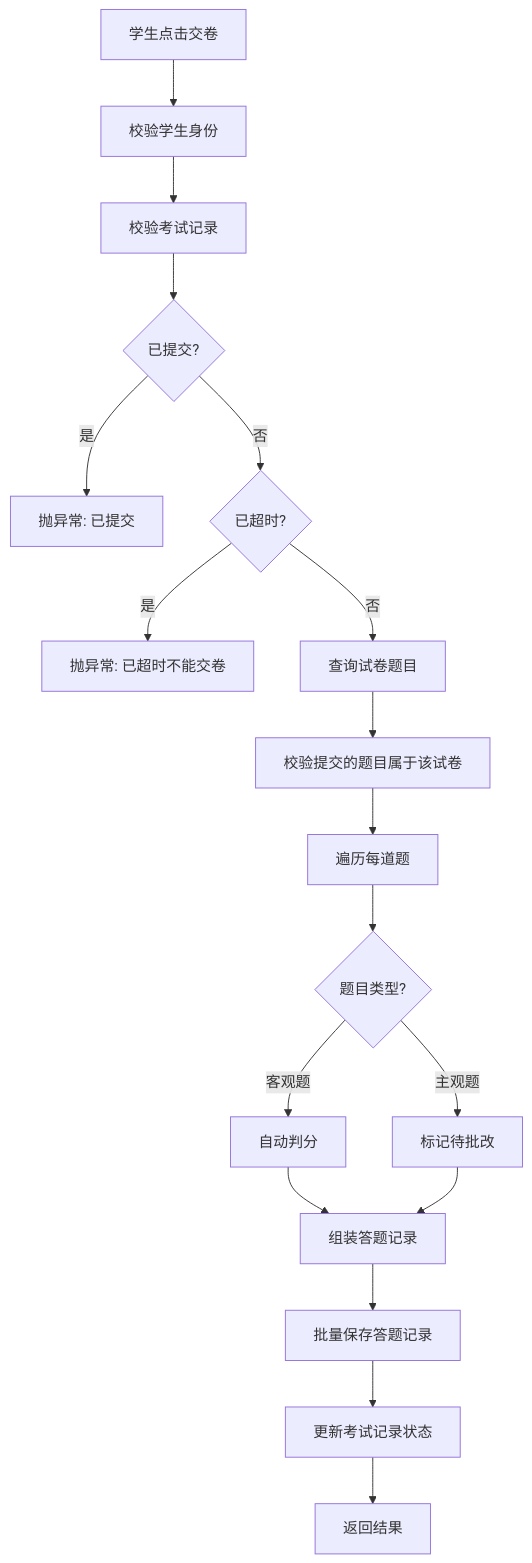
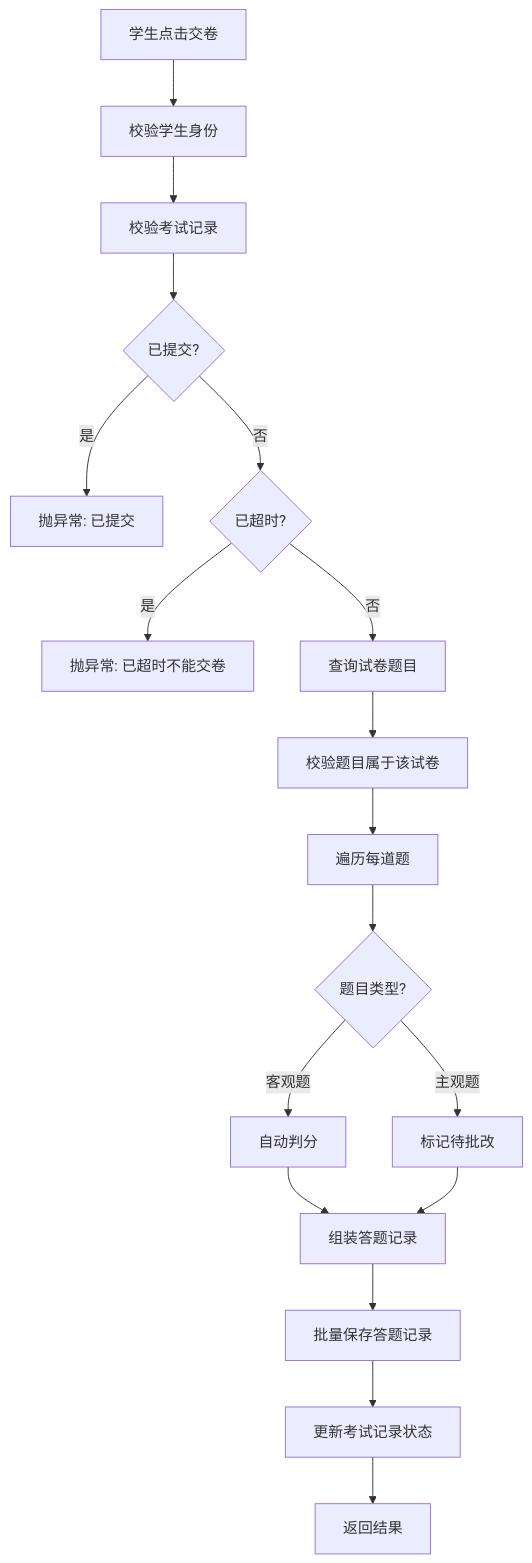
One commit to Smithhss/YanQue-Admin changed diagram 49 of 59 in docs/tutorial.md. Above: the diagram before and after it, drawn with Mermaid. The commit also changed other lines of this file and 41 other files, not shown here.

First line of the commit message:
docs: 优化教程流程图兼容性，补充业务层注释

````diff
--- a/docs/tutorial.md
+++ b/docs/tutorial.md
@@ -7643,23 +7490,38 @@
 ```mermaid
-flowchart TD
-    A[学生点击交卷] --> B[校验学生身份]
-    B --> C[校验考试记录]
-    C --> D{已提交?}
-    D -- 是 --> E[抛异常: 已提交]
-    D -- 否 --> F{已超时?}
-
-    F -- 是 --> G[抛异常: 已超时不能交卷]
-    F -- 否 --> H[查询试卷题目]
-    H --> I[校验提交的题目属于该试卷]
-    I --> J[遍历每道题]
-
-    J --> K{题目类型?}
-    K -- 客观题 --> L[自动判分]
-    K -- 主观题 --> M[标记待批改]
-
-    L --> N[组装答题记录]
+graph TB
+    A[学生点击交卷]
+    B[校验学生身份]
+    C[校验考试记录]
+    D{已提交?}
+    E[抛异常: 已提交]
+    F{已超时?}
+    G[抛异常: 已超时不能交卷]
+    H[查询试卷题目]
+    I[校验题目属于该试卷]
+    J[遍历每道题]
+    K{题目类型?}
+    L[自动判分]
+    M[标记待批改]
+    N[组装答题记录]
+    O[批量保存答题记录]
+    P[更新考试记录状态]
+    Q[返回结果]
+    
+    A --> B
+    B --> C
+    C --> D
+    D -->|是| E
+    D -->|否| F
+    F -->|是| G
+    F -->|否| H
+    H --> I
+    I --> J
+    J --> K
+    K -->|客观题| L
+    K -->|主观题| M
+    L --> N
     M --> N
-    N --> O[批量保存答题记录]
-    O --> P[更新考试记录状态]
-    P --> Q[返回结果]
+    N --> O
+    O --> P
+    P --> Q
 ```
````
